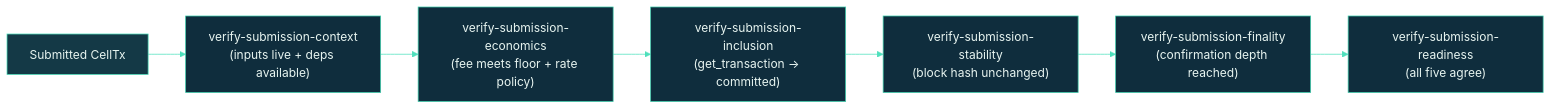
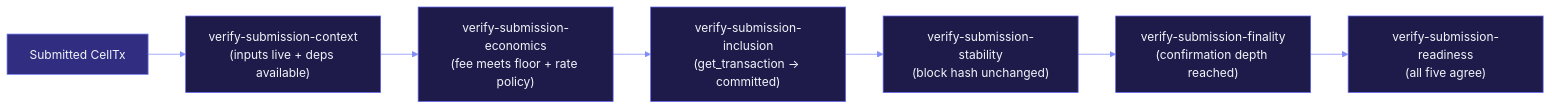
The third of 3 diagrams in docs/interactions/da-flow.md (Myelin-Labs/Myelin), drawn with Mermaid before and after one commit. The commit also changed other lines of this file and 31 other files, not shown here.

````diff
--- a/docs/interactions/da-flow.md
+++ b/docs/interactions/da-flow.md
@@ -213,26 +213,26 @@
 ```mermaid
 %%{init: {
   "theme": "base",
   "themeVariables": {
-    "primaryColor": "#0F2D3D",
-    "primaryTextColor": "#E8F5F1",
-    "primaryBorderColor": "#3CCBAA",
-    "lineColor": "#4EE0BC",
-    "secondaryColor": "#143946",
-    "tertiaryColor": "#1A4253"
+    "primaryColor": "#1E1B4B",
+    "primaryTextColor": "#F1F5F9",
+    "primaryBorderColor": "#6366F1",
+    "lineColor": "#818CF8",
+    "secondaryColor": "#312E81",
+    "tertiaryColor": "#3730A3"
   }
 }}%%
 flowchart LR
     A["Submitted CellTx"]:::in
     B["verify-submission-context<br/>(inputs live + deps available)"]:::step
     C["verify-submission-economics<br/>(fee meets floor + rate policy)"]:::step
     D["verify-submission-inclusion<br/>(get_transaction -> committed)"]:::step
     E["verify-submission-stability<br/>(block hash unchanged)"]:::step
     F["verify-submission-finality<br/>(confirmation depth reached)"]:::step
     G["verify-submission-readiness<br/>(all five agree)"]:::step
 
     A --> B --> C --> D --> E --> F --> G
 
-    classDef in   fill:#143946,stroke:#4EE0BC,color:#E8F5F1;
-    classDef step fill:#0F2D3D,stroke:#3CCBAA,color:#E8F5F1;
+    classDef in   fill:#312E81,stroke:#818CF8,color:#F1F5F9;
+    classDef step fill:#1E1B4B,stroke:#6366F1,color:#F1F5F9;
 ```
````
